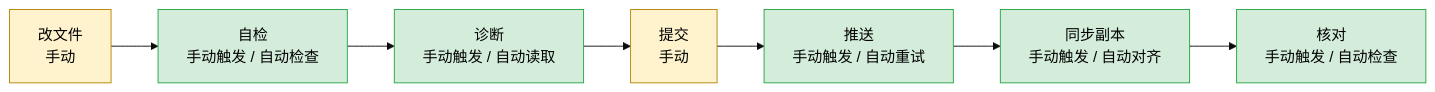
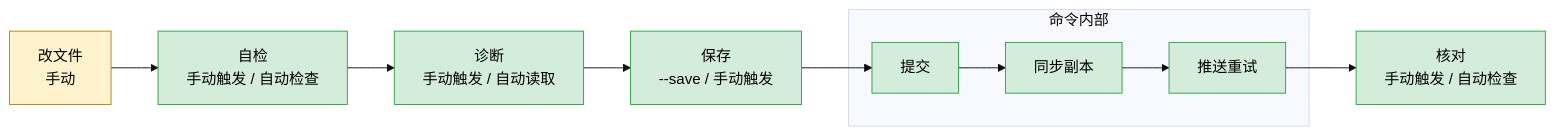
Before and after one commit to Lizardon386/multi-agent-task-handoff: the third of 3 diagrams in handoff/DESIGN.md, drawn with Mermaid (base theme). The commit also changed other lines of this file and 1 other file, not shown here.

Commit message:
docs: DESIGN 维护章同步 --save 与挡位

````diff
--- a/handoff/DESIGN.md
+++ b/handoff/DESIGN.md
@@ -237,13 +233,15 @@
 ```mermaid
 flowchart LR
   A[改文件<br/>手动] --> B[自检<br/>手动触发 / 自动检查]
   B --> C[诊断<br/>手动触发 / 自动读取]
-  C --> D[提交<br/>手动]
-  D --> E[推送<br/>手动触发 / 自动重试]
-  E --> F[同步副本<br/>手动触发 / 自动对齐]
+  C --> S[保存<br/>--save / 手动触发]
+  subgraph SAVE[命令内部]
+    D[提交] --> E[同步副本] --> F[推送重试]
+  end
+  S --> D
   F --> G[核对<br/>手动触发 / 自动检查]
   classDef manual fill:#fff3cd,stroke:#b8860b,color:#000
   classDef hybrid fill:#d4edda,stroke:#28a745,color:#000
-  class A,D manual
-  class B,C,E,F,G hybrid
+  class A manual
+  class B,C,S,D,E,F,G hybrid
 ```
````
